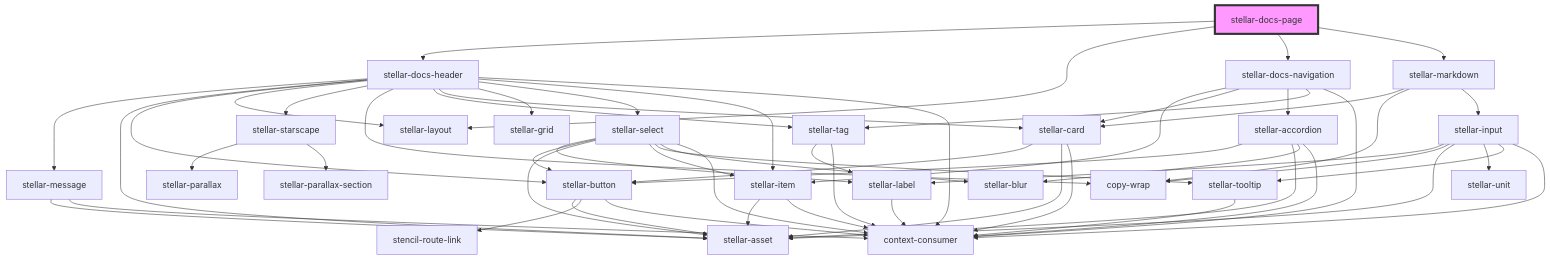
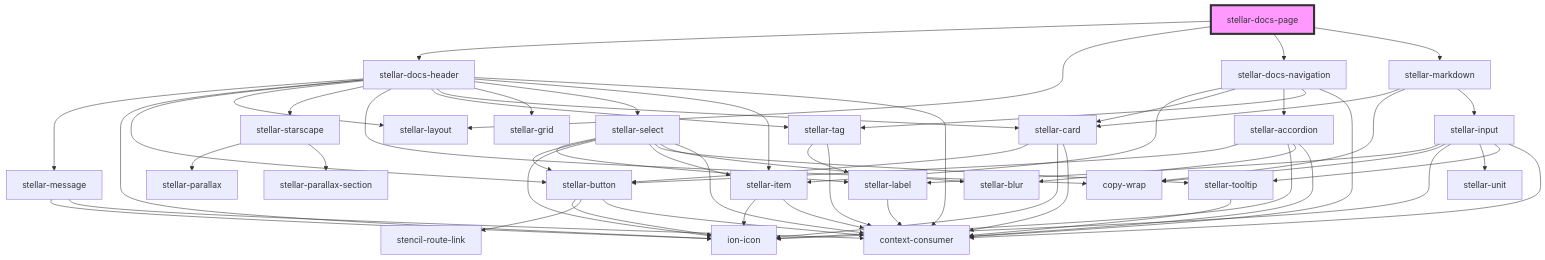
The diagram in src/components/docs/page/readme.md (splitinfinities/Stellar), drawn with Mermaid before and after one commit. The commit also changed 108 other files, not shown here.

Commit message:
Remove stellar-asset.

````diff
--- a/src/components/docs/page/readme.md
+++ b/src/components/docs/page/readme.md
@@ -25,61 +25,61 @@
 ```mermaid
 graph TD;
   stellar-docs-page --> stellar-docs-header
   stellar-docs-page --> stellar-layout
   stellar-docs-page --> stellar-docs-navigation
   stellar-docs-page --> stellar-markdown
   stellar-docs-header --> stellar-message
-  stellar-docs-header --> stellar-asset
+  stellar-docs-header --> ion-icon
   stellar-docs-header --> stellar-button
   stellar-docs-header --> stellar-layout
   stellar-docs-header --> stellar-starscape
   stellar-docs-header --> copy-wrap
   stellar-docs-header --> stellar-tag
   stellar-docs-header --> stellar-card
   stellar-docs-header --> stellar-grid
   stellar-docs-header --> stellar-select
   stellar-docs-header --> stellar-item
   stellar-docs-header --> context-consumer
-  stellar-message --> stellar-asset
+  stellar-message --> ion-icon
   stellar-message --> context-consumer
-  stellar-button --> stellar-asset
+  stellar-button --> ion-icon
   stellar-button --> stencil-route-link
   stellar-button --> context-consumer
   stellar-starscape --> stellar-parallax
   stellar-starscape --> stellar-parallax-section
   stellar-tag --> stellar-label
   stellar-tag --> context-consumer
   stellar-label --> context-consumer
   stellar-card --> stellar-button
-  stellar-card --> stellar-asset
+  stellar-card --> ion-icon
   stellar-card --> context-consumer
   stellar-select --> stellar-label
   stellar-select --> stellar-button
-  stellar-select --> stellar-asset
+  stellar-select --> ion-icon
   stellar-select --> stellar-item
   stellar-select --> stellar-tooltip
   stellar-select --> stellar-blur
   stellar-select --> context-consumer
-  stellar-item --> stellar-asset
+  stellar-item --> ion-icon
   stellar-item --> context-consumer
   stellar-tooltip --> context-consumer
   stellar-docs-navigation --> stellar-item
   stellar-docs-navigation --> stellar-card
   stellar-docs-navigation --> stellar-accordion
   stellar-docs-navigation --> stellar-tag
   stellar-docs-navigation --> context-consumer
   stellar-accordion --> stellar-button
-  stellar-accordion --> stellar-asset
+  stellar-accordion --> ion-icon
   stellar-accordion --> stellar-blur
   stellar-accordion --> context-consumer
   stellar-markdown --> stellar-card
   stellar-markdown --> copy-wrap
   stellar-markdown --> stellar-input
   stellar-input --> stellar-label
   stellar-input --> copy-wrap
-  stellar-input --> stellar-asset
+  stellar-input --> ion-icon
   stellar-input --> stellar-unit
   stellar-input --> stellar-tooltip
   stellar-input --> context-consumer
   style stellar-docs-page fill:#f9f,stroke:#333,stroke-width:4px
 ```
````
